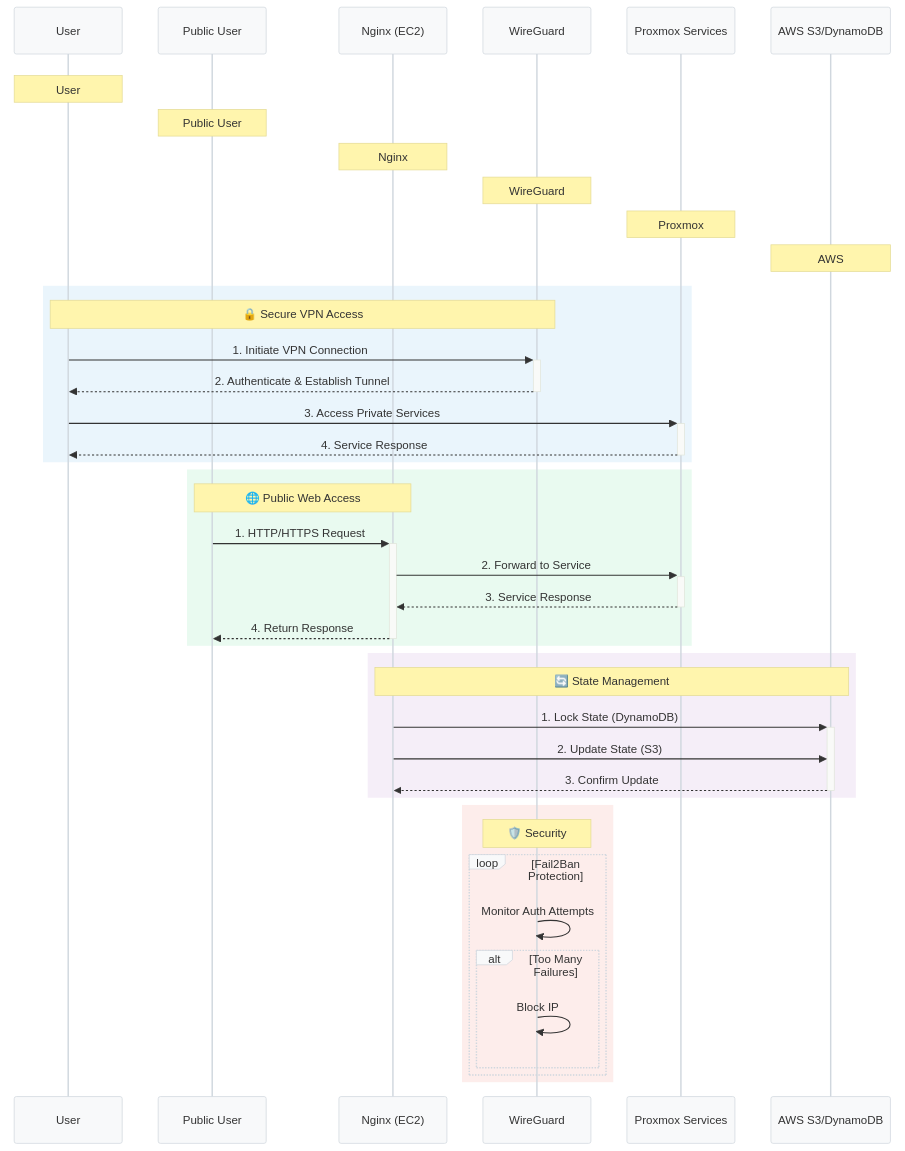
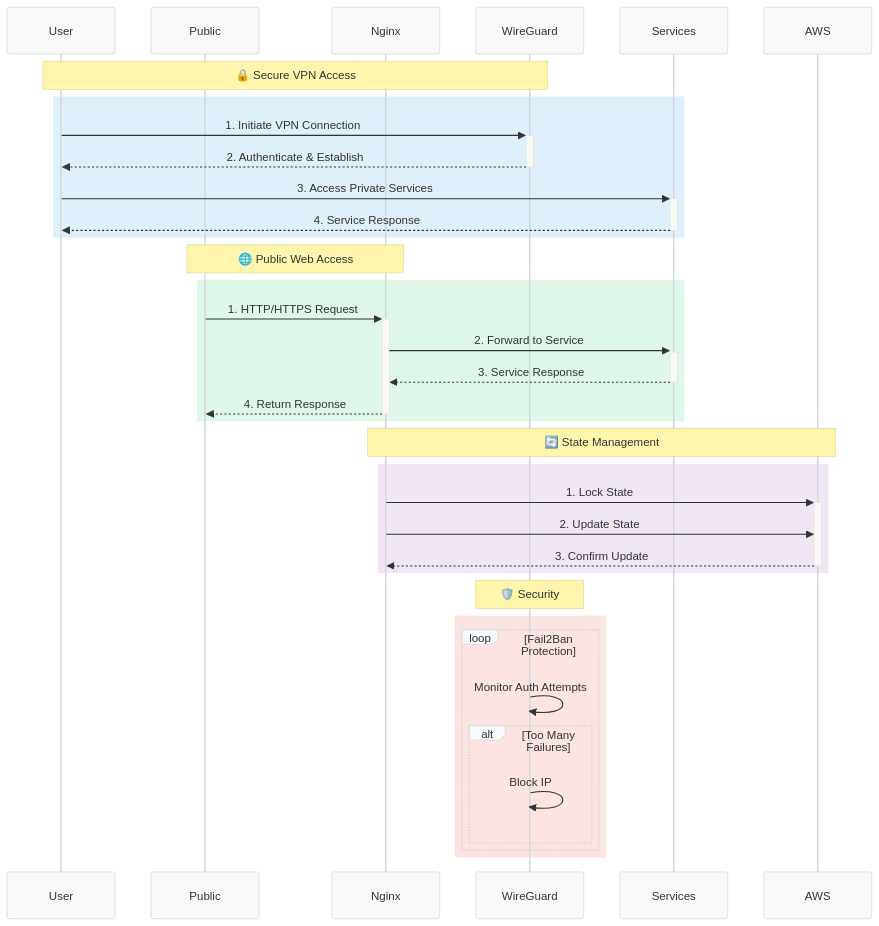
Before and after one commit to aaronreynoza/infra-core: the second of 3 diagrams in README.md, drawn with Mermaid. The commit also changed other lines of this file, not shown here.

````diff
--- a/README.md
+++ b/README.md
@@ -114,75 +114,69 @@
 ```mermaid
 %%{init: {
     'theme': 'base',
     'themeVariables': {
         'background': 'transparent',
         'primaryColor': '#f8f9fa',
         'primaryText': '#24292f',
         'primaryBorderColor': '#d0d7de',
         'lineColor': '#d0d7de',
         'darkmode': {
             'background': 'transparent',
             'primaryColor': '#21262d',
             'primaryText': '#c9d1d9',
             'primaryBorderColor': '#30363d',
             'lineColor': '#30363d'
         }
+    },
+    'themeConfig': {
+        'fontFamily': 'Arial, sans-serif',
+        'fontSize': '14px'
     }
 }}%%
 
 sequenceDiagram
-    %% Define participant colors
+    %% Define participants with colors
     participant U as User
-    participant P as Public User
-    participant N as Nginx (EC2)
+    participant P as Public
+    participant N as Nginx
     participant W as WireGuard
-    participant S as Proxmox Services
-    participant A as AWS S3/DynamoDB
-    
-    %% Styling
-    rect rgba(0,0,0,0)
-        Note over U: User
-        Note over P: Public User
-        Note over N: Nginx
-        Note over W: WireGuard
-        Note over S: Proxmox
-        Note over A: AWS
-    end
+    participant S as Services
+    participant A as AWS
     
     %% VPN Connection Flow
-    rect rgba(52, 152, 219, 0.1)
-        Note over U,W: 🔒 Secure VPN Access
+    Note over U,W: 🔒 Secure VPN Access
+    rect rgba(52, 152, 219, 0.15)
         U->>+W: 1. Initiate VPN Connection
-        W-->>-U: 2. Authenticate & Establish Tunnel
+        W-->>-U: 2. Authenticate & Establish
         U->>+S: 3. Access Private Services
         S-->>-U: 4. Service Response
     end
     
     %% Public Access Flow
-    rect rgba(46, 204, 113, 0.1)
-        Note over P,N: 🌐 Public Web Access
+    Note over P,N: 🌐 Public Web Access
+    rect rgba(46, 204, 113, 0.15)
         P->>+N: 1. HTTP/HTTPS Request
         N->>+S: 2. Forward to Service
         S-->>-N: 3. Service Response
         N-->>-P: 4. Return Response
     end
     
     %% State Management
-    rect rgba(155, 89, 182, 0.1)
-        Note over N,A: 🔄 State Management
-        N->>+A: 1. Lock State (DynamoDB)
-        N->>A: 2. Update State (S3)
+    Note over N,A: 🔄 State Management
+    rect rgba(155, 89, 182, 0.15)
+        N->>+A: 1. Lock State
+        N->>A: 2. Update State
         A-->>-N: 3. Confirm Update
     end
     
     %% Security Monitoring
-    rect rgba(231, 76, 60, 0.1)
-        Note over W: 🛡️ Security
+    Note over W: 🛡️ Security
+    rect rgba(231, 76, 60, 0.15)
         loop Fail2Ban Protection
             W->>W: Monitor Auth Attempts
             alt Too Many Failures
                 W->>W: Block IP
             end
         end
     end
 ```
````
